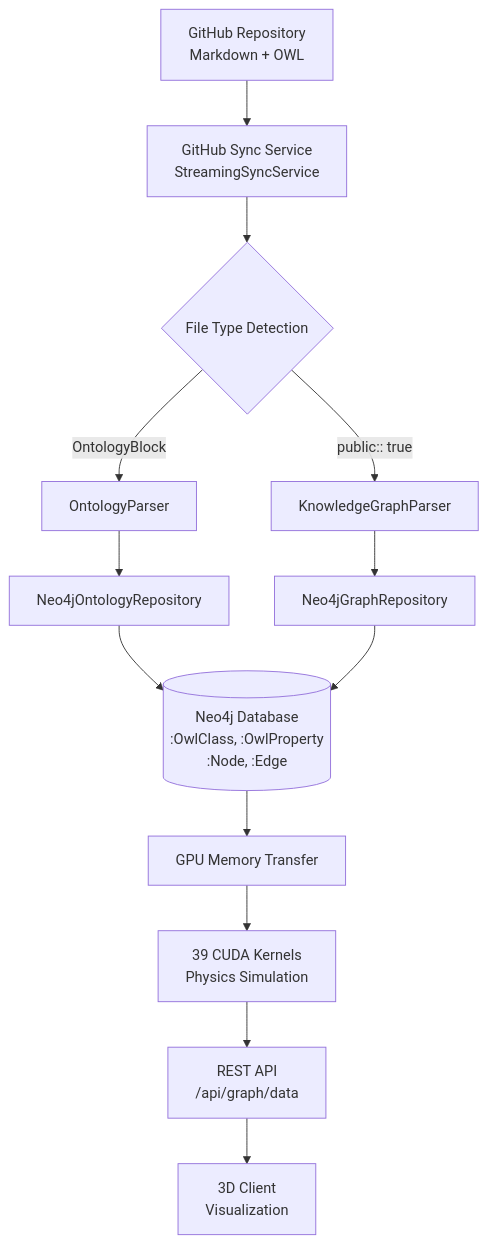
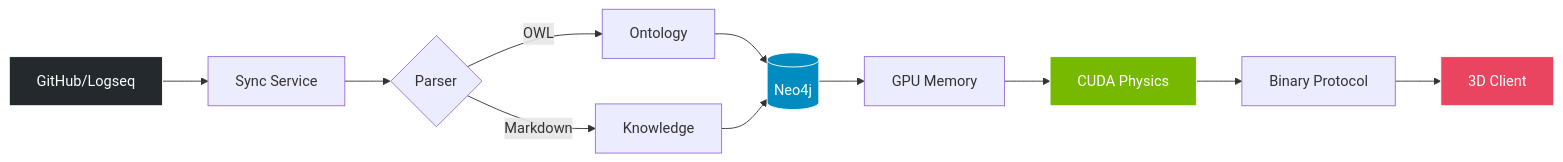
Before and after one commit to DreamLab-AI/VisionFlow: the third of 3 diagrams in README.md, drawn with Mermaid. The commit also changed other lines of this file and 369 other files, not shown here.

````diff
--- a/README.md
+++ b/README.md
@@ -454,15 +310,18 @@
 ```mermaid
-graph TD
-    A[GitHub Repository<br/>Markdown + OWL] --> B[GitHub Sync Service<br/>StreamingSyncService]
-    B --> C{File Type Detection}
-    C -->|OntologyBlock| D[OntologyParser]
-    C -->|public:: true| E[KnowledgeGraphParser]
-    D --> F[Neo4jOntologyRepository]
-    E --> G[Neo4jGraphRepository]
-    F --> H[(Neo4j Database<br/>:OwlClass, :OwlProperty<br/>:Node, :Edge)]
-    G --> H
-    H --> I[GPU Memory Transfer]
-    I --> J[39 CUDA Kernels<br/>Physics Simulation]
-    J --> K[REST API<br/>/api/graph/data]
-    K --> L[3D Client<br/>Visualization]
+flowchart LR
+    A[GitHub/Logseq] --> B[Sync Service]
+    B --> C{Parser}
+    C -->|OWL| D[Ontology]
+    C -->|Markdown| E[Knowledge]
+    D --> F[(Neo4j)]
+    E --> F
+    F --> G[GPU Memory]
+    G --> H[CUDA Physics]
+    H --> I[Binary Protocol]
+    I --> J[3D Client]
+
+    style A fill:#24292e,stroke:#fff,color:#fff
+    style F fill:#008cc1,stroke:#fff,color:#fff
+    style H fill:#76b900,stroke:#fff,color:#fff
+    style J fill:#e94560,stroke:#fff,color:#fff
 ```
````
